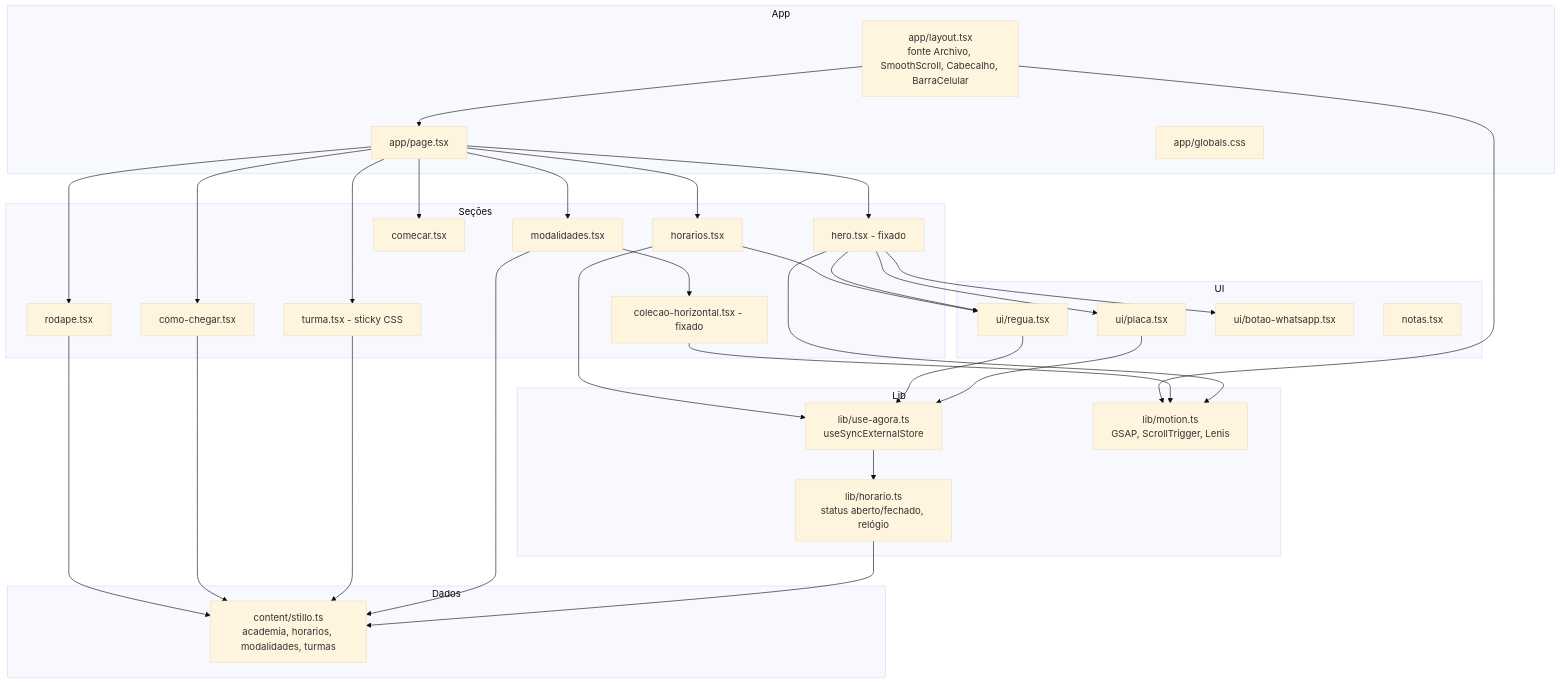
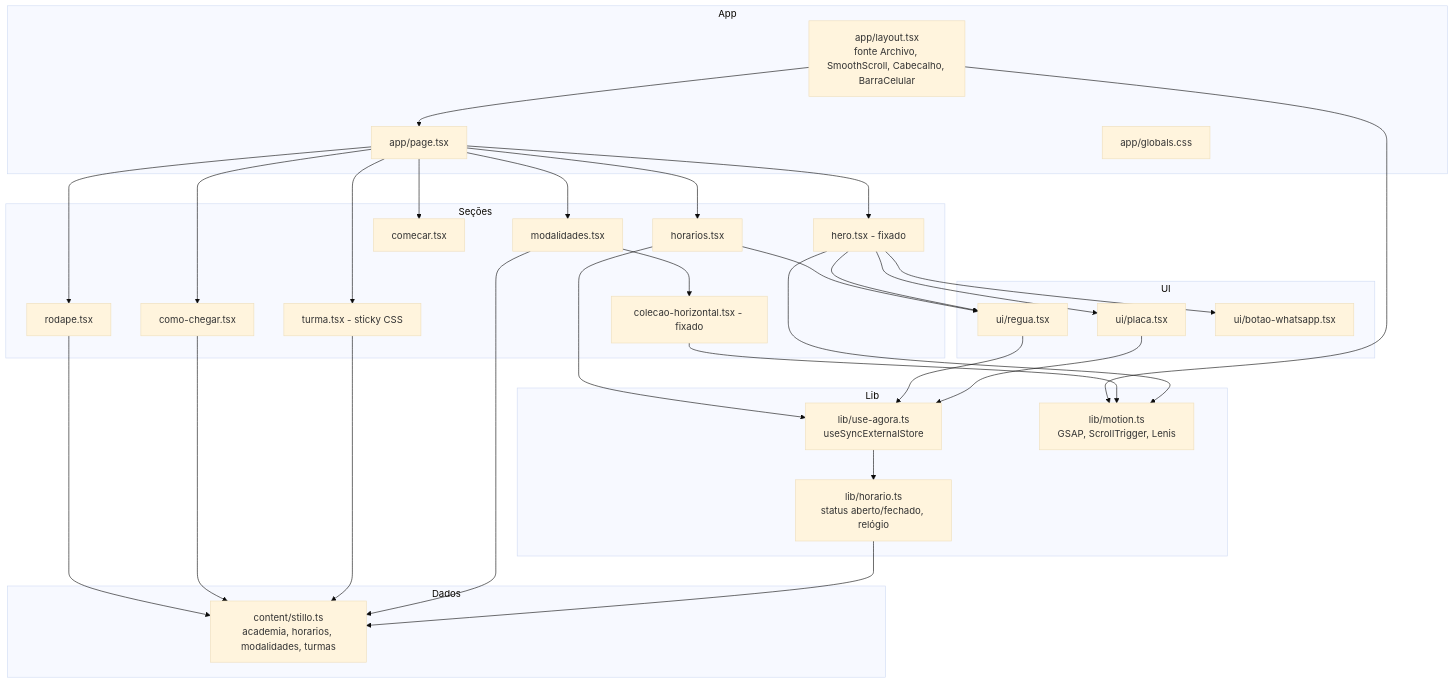
Before and after one commit to SamuelcCouto/stillo: the first of 3 diagrams in docs/CODEBASE_MAP.md, drawn with Mermaid (base theme). The commit also changed other lines of this file and 14 other files, not shown here.

````diff
--- a/docs/CODEBASE_MAP.md
+++ b/docs/CODEBASE_MAP.md
@@ -15,42 +15,41 @@
 ```mermaid
 graph TB
     subgraph Dados
         Content[content/stillo.ts<br/>academia, horarios, modalidades, turmas]
     end
     subgraph Lib
         Horario[lib/horario.ts<br/>status aberto/fechado, relógio]
         UseAgora[lib/use-agora.ts<br/>useSyncExternalStore]
         Motion[lib/motion.ts<br/>GSAP, ScrollTrigger, Lenis]
     end
     subgraph App
         Layout[app/layout.tsx<br/>fonte Archivo, SmoothScroll, Cabecalho, BarraCelular]
         Page[app/page.tsx]
         CSS[app/globals.css]
     end
     subgraph Seções
         Hero[hero.tsx - fixado]
         Modal[modalidades.tsx]
         Colecao[colecao-horizontal.tsx - fixado]
         Turma[turma.tsx - sticky CSS]
         Horarios[horarios.tsx]
         Chegar[como-chegar.tsx]
         Comecar[comecar.tsx]
         Rodape[rodape.tsx]
     end
     subgraph UI
         Placa[ui/placa.tsx]
         Regua[ui/regua.tsx]
         BotaoWA[ui/botao-whatsapp.tsx]
-        Notas[notas.tsx]
     end
     Layout --> Page
     Page --> Hero & Modal & Turma & Horarios & Chegar & Comecar & Rodape
     Modal --> Colecao
     Hero --> Placa & Regua & BotaoWA
     Horarios --> Regua
     Placa & Regua & Horarios --> UseAgora
     UseAgora --> Horario
     Horario --> Content
     Modal & Turma & Chegar & Rodape --> Content
     Hero & Colecao & Layout --> Motion
 ```
````
